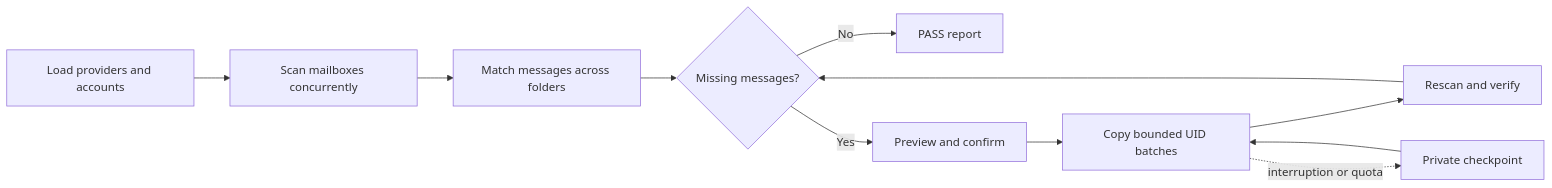
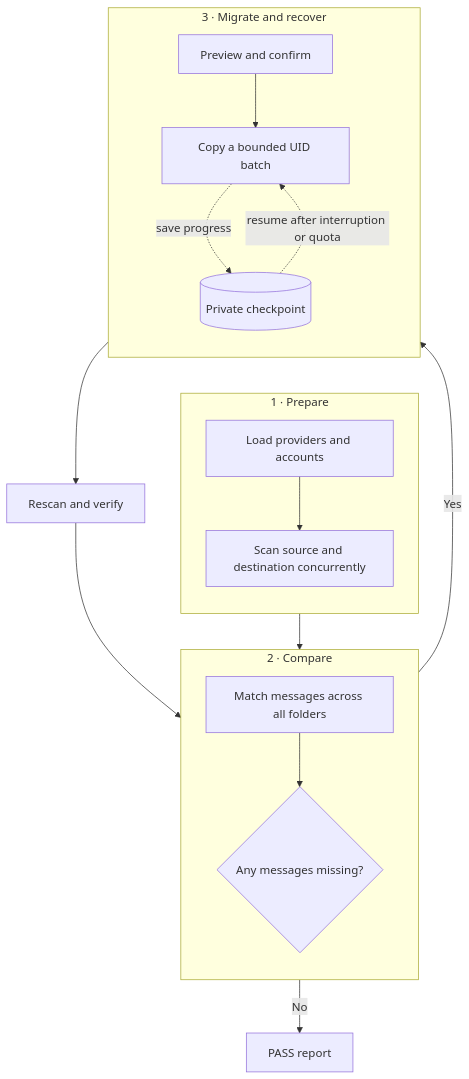
Before and after one commit to gokhanozdemir/imap-migrate-verify: the diagram in README.md, drawn with Mermaid. The commit also changed other lines of this file, not shown here.

Commit message:
Update README to reflect project name change and enhance migration flow diagram
- Changed project title to "Yandex Business 360 Migrate to Other IMAP Email (Yandex Escape)" for clarity.
- Updated the migration flow diagram to improve readability and structure, breaking it into distinct preparation, verification, and migration phases.
- Adjusted the verification summary table format for better clarity in results presentation.

````diff
--- a/README.md
+++ b/README.md
@@ -89,13 +89,35 @@
 ```mermaid
-flowchart LR
-    A["Load providers and accounts"] --> B["Scan mailboxes concurrently"]
-    B --> C["Match messages across folders"]
-    C --> D{"Missing messages?"}
-    D -- No --> H["PASS report"]
-    D -- Yes --> E["Preview and confirm"]
-    E --> F["Copy bounded UID batches"]
-    F --> G["Rescan and verify"]
+flowchart TB
+    subgraph prepare["1 · Prepare"]
+        direction TB
+        A["Load providers and accounts"]
+        B["Scan source and destination concurrently"]
+        A --> B
+    end
+
+    subgraph verify["2 · Compare"]
+        direction TB
+        C["Match messages across all folders"]
+        D{"Any messages missing?"}
+        C --> D
+    end
+
+    subgraph migrate["3 · Migrate and recover"]
+        direction TB
+        E["Preview and confirm"]
+        F["Copy a bounded UID batch"]
+        I[("Private checkpoint")]
+        E --> F
+        F -. "save progress" .-> I
+        I -. "resume after interruption or quota" .-> F
+    end
+
+    G["Rescan and verify"]
+    H["PASS report"]
+
+    B --> C
+    D -- No --> H
+    D -- Yes --> E
+    F --> G
     G --> D
-    F -. "interruption or quota" .-> I["Private checkpoint"]
-    I --> F
 ```
````
